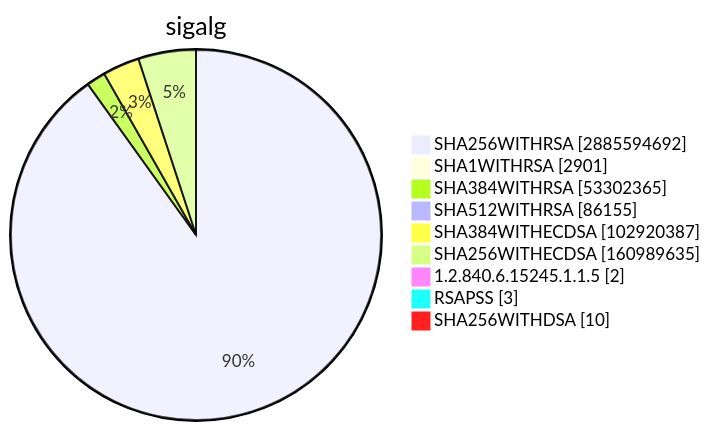
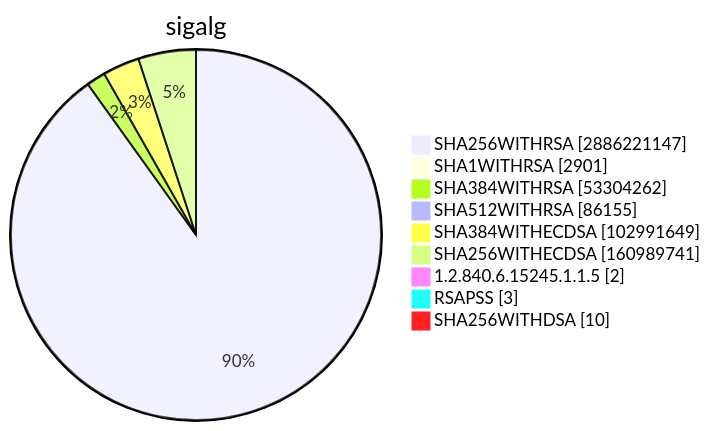
Diagram 15 of 15 in TOTAL/README.md (christiankrug/ctmonitor_visualization), drawn with Mermaid before and after one commit. The commit also changed other lines of this file, not shown here.

````diff
--- a/TOTAL/README.md
+++ b/TOTAL/README.md
@@ -6207,13 +6207,13 @@
 ```mermaid
 pie showData
 title sigalg
-"SHA256WITHRSA" :2885594692
+"SHA256WITHRSA" :2886221147
 "SHA1WITHRSA" :2901
-"SHA384WITHRSA" :53302365
+"SHA384WITHRSA" :53304262
 "SHA512WITHRSA" :86155
-"SHA384WITHECDSA" :102920387
-"SHA256WITHECDSA" :160989635
+"SHA384WITHECDSA" :102991649
+"SHA256WITHECDSA" :160989741
 "1.2.840.6.15245.1.1.5" :2
 "RSAPSS" :3
 "SHA256WITHDSA" :10
 ```
````
